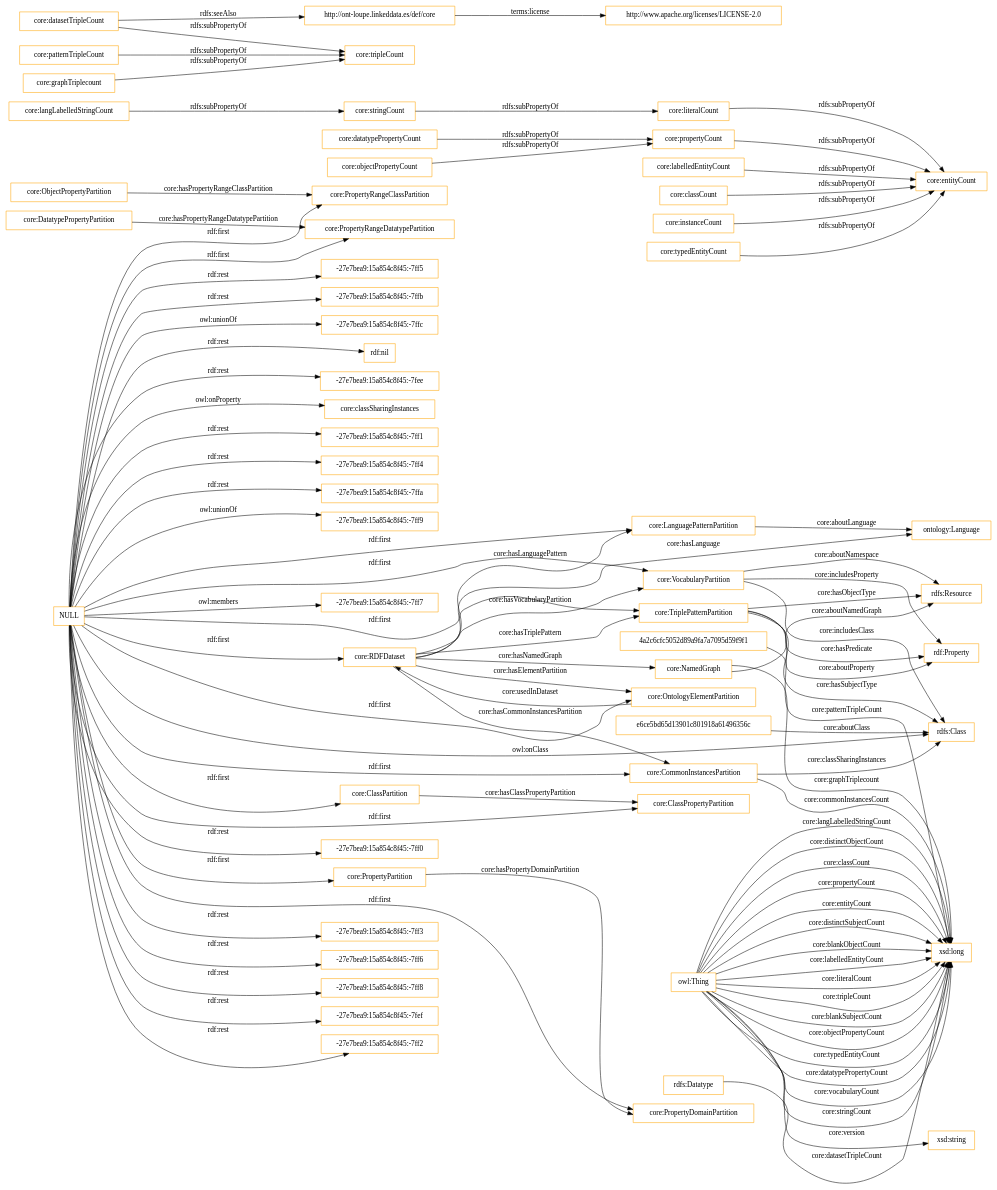
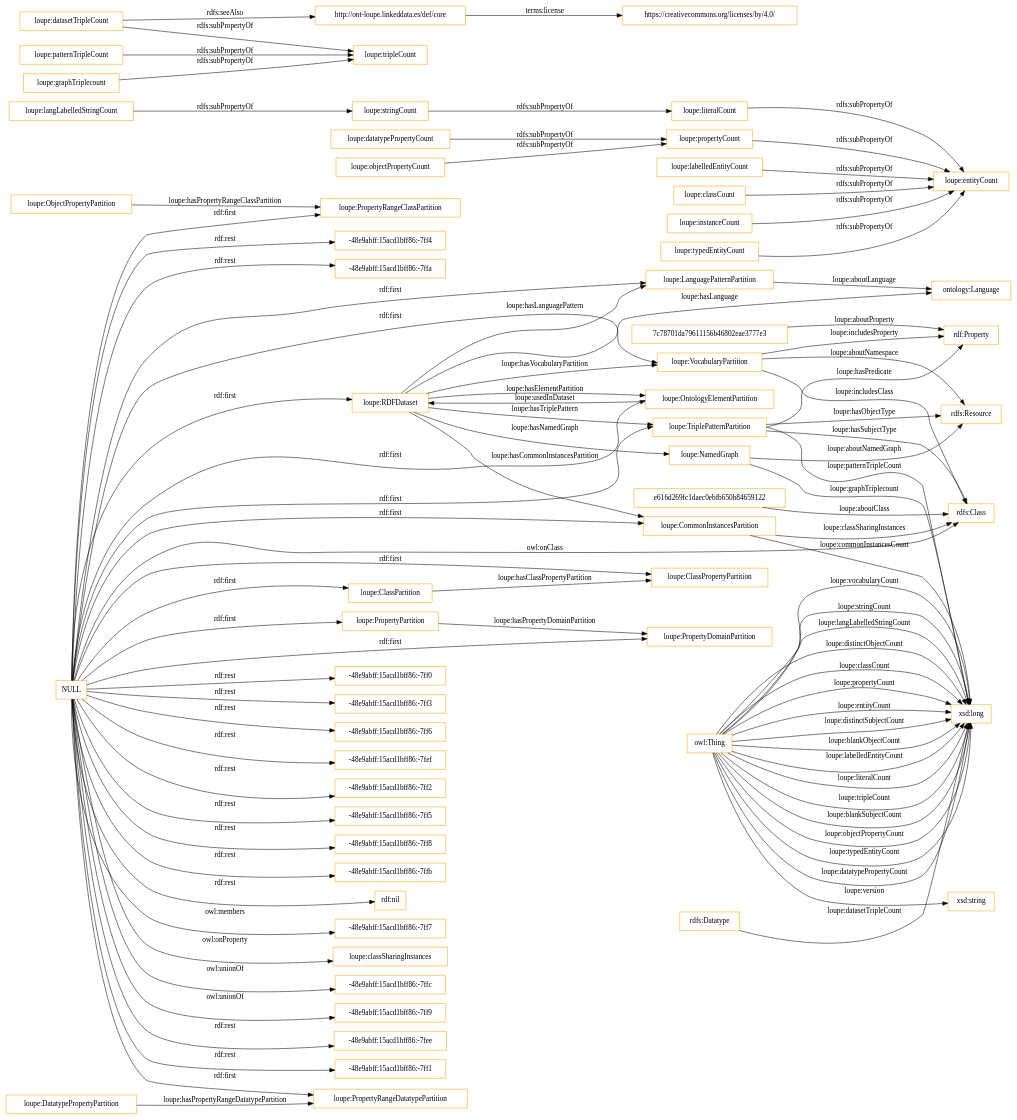
One commit to nandana/loupe-ontology changed the diagram in OnToology/src/ontology/loupe-ontology.owl/diagrams/ar2dtool-class/loupe-ontology.owl.png.dot. Above: the diagram before and after it, drawn with Graphviz. The commit also changed 17 other files, not shown here.

```diff
--- a/OnToology/src/ontology/loupe-ontology.owl/diagrams/ar2dtool-class/loupe-ontology.owl.png.dot
+++ b/OnToology/src/ontology/loupe-ontology.owl/diagrams/ar2dtool-class/loupe-ontology.owl.png.dot
@@ -1,95 +1,95 @@
 digraph ar2dtool_diagram { 
 rankdir=LR;
 size="1501"
-node [shape = rectangle, color="orange"]; "core:RDFDataset" "core:PropertyRangeClassPartition" "core:OntologyElementPartition" "core:ObjectPropertyPartition" "core:ClassPropertyPartition" "rdfs:Resource" "core:ClassPartition" "e6ce5bd65d13901c801918a61496356c" "core:CommonInstancesPartition" "core:NamedGraph" "4a2c6cfc5052d89a9fa7a7095d59f9f1" "rdfs:Class" "core:LanguagePatternPartition" "core:PropertyRangeDatatypePartition" "rdfs:Datatype" "rdf:Property" "core:PropertyPartition" "core:TriplePatternPartition" "ontology:Language" "core:DatatypePropertyPartition" "core:VocabularyPartition" "core:PropertyDomainPartition" ; /*classes style*/
-	"core:langLabelledStringCount" -> "core:stringCount" [ label = "rdfs:subPropertyOf" ];
-	"core:datatypePropertyCount" -> "core:propertyCount" [ label = "rdfs:subPropertyOf" ];
-	"core:labelledEntityCount" -> "core:entityCount" [ label = "rdfs:subPropertyOf" ];
-	"http://ont-loupe.linkeddata.es/def/core" -> "http://www.apache.org/licenses/LICENSE-2.0" [ label = "terms:license" ];
-	"core:datasetTripleCount" -> "http://ont-loupe.linkeddata.es/def/core" [ label = "rdfs:seeAlso" ];
-	"core:datasetTripleCount" -> "core:tripleCount" [ label = "rdfs:subPropertyOf" ];
-	"core:propertyCount" -> "core:entityCount" [ label = "rdfs:subPropertyOf" ];
-	"core:classCount" -> "core:entityCount" [ label = "rdfs:subPropertyOf" ];
-	"core:instanceCount" -> "core:entityCount" [ label = "rdfs:subPropertyOf" ];
-	"core:patternTripleCount" -> "core:tripleCount" [ label = "rdfs:subPropertyOf" ];
-	"NULL" -> "core:OntologyElementPartition" [ label = "rdf:first" ];
-	"NULL" -> "-27e7bea9:15a854c8f45:-7ff3" [ label = "rdf:rest" ];
-	"NULL" -> "-27e7bea9:15a854c8f45:-7ff6" [ label = "rdf:rest" ];
-	"NULL" -> "core:PropertyPartition" [ label = "rdf:first" ];
-	"NULL" -> "core:LanguagePatternPartition" [ label = "rdf:first" ];
-	"NULL" -> "core:PropertyRangeDatatypePartition" [ label = "rdf:first" ];
-	"NULL" -> "core:PropertyDomainPartition" [ label = "rdf:first" ];
-	"NULL" -> "core:PropertyRangeClassPartition" [ label = "rdf:first" ];
-	"NULL" -> "core:CommonInstancesPartition" [ label = "rdf:first" ];
-	"NULL" -> "-27e7bea9:15a854c8f45:-7ff8" [ label = "rdf:rest" ];
-	"NULL" -> "-27e7bea9:15a854c8f45:-7fef" [ label = "rdf:rest" ];
-	"NULL" -> "core:ClassPartition" [ label = "rdf:first" ];
-	"NULL" -> "-27e7bea9:15a854c8f45:-7ff2" [ label = "rdf:rest" ];
-	"NULL" -> "-27e7bea9:15a854c8f45:-7ff5" [ label = "rdf:rest" ];
-	"NULL" -> "-27e7bea9:15a854c8f45:-7ffb" [ label = "rdf:rest" ];
-	"NULL" -> "-27e7bea9:15a854c8f45:-7ffc" [ label = "owl:unionOf" ];
+node [shape = rectangle, color="orange"]; "7c78701da79611156b46802eae3777e3" "loupe:RDFDataset" "loupe:PropertyRangeClassPartition" "loupe:OntologyElementPartition" "loupe:ObjectPropertyPartition" "loupe:ClassPropertyPartition" "rdfs:Resource" "loupe:ClassPartition" "loupe:CommonInstancesPartition" "e616d269fc1daec0ebfb650b84659122" "loupe:NamedGraph" "rdfs:Class" "loupe:LanguagePatternPartition" "loupe:PropertyRangeDatatypePartition" "rdfs:Datatype" "rdf:Property" "loupe:PropertyPartition" "loupe:TriplePatternPartition" "ontology:Language" "loupe:DatatypePropertyPartition" "loupe:VocabularyPartition" "loupe:PropertyDomainPartition" ; /*classes style*/
+	"loupe:langLabelledStringCount" -> "loupe:stringCount" [ label = "rdfs:subPropertyOf" ];
+	"loupe:datatypePropertyCount" -> "loupe:propertyCount" [ label = "rdfs:subPropertyOf" ];
+	"loupe:labelledEntityCount" -> "loupe:entityCount" [ label = "rdfs:subPropertyOf" ];
+	"http://ont-loupe.linkeddata.es/def/core" -> "https://creativecommons.org/licenses/by/4.0/" [ label = "terms:license" ];
+	"loupe:datasetTripleCount" -> "http://ont-loupe.linkeddata.es/def/core" [ label = "rdfs:seeAlso" ];
+	"loupe:datasetTripleCount" -> "loupe:tripleCount" [ label = "rdfs:subPropertyOf" ];
+	"loupe:propertyCount" -> "loupe:entityCount" [ label = "rdfs:subPropertyOf" ];
+	"loupe:classCount" -> "loupe:entityCount" [ label = "rdfs:subPropertyOf" ];
+	"loupe:instanceCount" -> "loupe:entityCount" [ label = "rdfs:subPropertyOf" ];
+	"loupe:patternTripleCount" -> "loupe:tripleCount" [ label = "rdfs:subPropertyOf" ];
+	"NULL" -> "loupe:OntologyElementPartition" [ label = "rdf:first" ];
+	"NULL" -> "loupe:PropertyPartition" [ label = "rdf:first" ];
+	"NULL" -> "loupe:LanguagePatternPartition" [ label = "rdf:first" ];
+	"NULL" -> "-48e9abff:15acd1bff86:-7ff0" [ label = "rdf:rest" ];
+	"NULL" -> "loupe:PropertyRangeDatatypePartition" [ label = "rdf:first" ];
+	"NULL" -> "-48e9abff:15acd1bff86:-7ff3" [ label = "rdf:rest" ];
+	"NULL" -> "-48e9abff:15acd1bff86:-7ff6" [ label = "rdf:rest" ];
+	"NULL" -> "loupe:PropertyRangeClassPartition" [ label = "rdf:first" ];
+	"NULL" -> "loupe:PropertyDomainPartition" [ label = "rdf:first" ];
+	"NULL" -> "loupe:CommonInstancesPartition" [ label = "rdf:first" ];
+	"NULL" -> "loupe:ClassPartition" [ label = "rdf:first" ];
+	"NULL" -> "-48e9abff:15acd1bff86:-7fef" [ label = "rdf:rest" ];
+	"NULL" -> "-48e9abff:15acd1bff86:-7ff2" [ label = "rdf:rest" ];
+	"NULL" -> "-48e9abff:15acd1bff86:-7ff5" [ label = "rdf:rest" ];
+	"NULL" -> "-48e9abff:15acd1bff86:-7ff8" [ label = "rdf:rest" ];
+	"NULL" -> "-48e9abff:15acd1bff86:-7ffb" [ label = "rdf:rest" ];
+	"NULL" -> "rdfs:Class" [ label = "owl:onClass" ];
 	"NULL" -> "rdf:nil" [ label = "rdf:rest" ];
-	"NULL" -> "rdfs:Class" [ label = "owl:onClass" ];
-	"NULL" -> "core:VocabularyPartition" [ label = "rdf:first" ];
-	"NULL" -> "-27e7bea9:15a854c8f45:-7fee" [ label = "rdf:rest" ];
-	"NULL" -> "core:TriplePatternPartition" [ label = "rdf:first" ];
-	"NULL" -> "core:classSharingInstances" [ label = "owl:onProperty" ];
-	"NULL" -> "-27e7bea9:15a854c8f45:-7ff1" [ label = "rdf:rest" ];
-	"NULL" -> "core:ClassPropertyPartition" [ label = "rdf:first" ];
-	"NULL" -> "-27e7bea9:15a854c8f45:-7ff4" [ label = "rdf:rest" ];
-	"NULL" -> "-27e7bea9:15a854c8f45:-7ffa" [ label = "rdf:rest" ];
-	"NULL" -> "-27e7bea9:15a854c8f45:-7ff9" [ label = "owl:unionOf" ];
-	"NULL" -> "core:RDFDataset" [ label = "rdf:first" ];
-	"NULL" -> "-27e7bea9:15a854c8f45:-7ff7" [ label = "owl:members" ];
-	"NULL" -> "-27e7bea9:15a854c8f45:-7ff0" [ label = "rdf:rest" ];
-	"core:literalCount" -> "core:entityCount" [ label = "rdfs:subPropertyOf" ];
-	"core:objectPropertyCount" -> "core:propertyCount" [ label = "rdfs:subPropertyOf" ];
-	"core:typedEntityCount" -> "core:entityCount" [ label = "rdfs:subPropertyOf" ];
-	"core:graphTriplecount" -> "core:tripleCount" [ label = "rdfs:subPropertyOf" ];
-	"core:stringCount" -> "core:literalCount" [ label = "rdfs:subPropertyOf" ];
-	"core:VocabularyPartition" -> "rdf:Property" [ label = "core:includesProperty" ];
-	"owl:Thing" -> "xsd:long" [ label = "core:tripleCount" ];
-	"owl:Thing" -> "xsd:long" [ label = "core:blankSubjectCount" ];
-	"owl:Thing" -> "xsd:long" [ label = "core:objectPropertyCount" ];
-	"core:CommonInstancesPartition" -> "xsd:long" [ label = "core:commonInstancesCount" ];
-	"core:NamedGraph" -> "xsd:long" [ label = "core:graphTriplecount" ];
-	"core:RDFDataset" -> "core:TriplePatternPartition" [ label = "core:hasTriplePattern" ];
-	"owl:Thing" -> "xsd:long" [ label = "core:typedEntityCount" ];
-	"core:RDFDataset" -> "core:VocabularyPartition" [ label = "core:hasVocabularyPartition" ];
-	"core:DatatypePropertyPartition" -> "core:PropertyRangeDatatypePartition" [ label = "core:hasPropertyRangeDatatypePartition" ];
-	"owl:Thing" -> "xsd:string" [ label = "core:version" ];
-	"core:NamedGraph" -> "rdfs:Resource" [ label = "core:aboutNamedGraph" ];
-	"core:LanguagePatternPartition" -> "ontology:Language" [ label = "core:aboutLanguage" ];
-	"core:ClassPartition" -> "core:ClassPropertyPartition" [ label = "core:hasClassPropertyPartition" ];
-	"owl:Thing" -> "xsd:long" [ label = "core:datatypePropertyCount" ];
-	"core:VocabularyPartition" -> "rdfs:Resource" [ label = "core:aboutNamespace" ];
-	"owl:Thing" -> "xsd:long" [ label = "core:vocabularyCount" ];
-	"core:RDFDataset" -> "ontology:Language" [ label = "core:hasLanguage" ];
-	"core:RDFDataset" -> "core:LanguagePatternPartition" [ label = "core:hasLanguagePattern" ];
-	"4a2c6cfc5052d89a9fa7a7095d59f9f1" -> "rdf:Property" [ label = "core:aboutProperty" ];
-	"owl:Thing" -> "xsd:long" [ label = "core:stringCount" ];
-	"e6ce5bd65d13901c801918a61496356c" -> "rdfs:Class" [ label = "core:aboutClass" ];
-	"owl:Thing" -> "xsd:long" [ label = "core:langLabelledStringCount" ];
-	"owl:Thing" -> "xsd:long" [ label = "core:distinctObjectCount" ];
-	"core:TriplePatternPartition" -> "rdfs:Resource" [ label = "core:hasObjectType" ];
-	"owl:Thing" -> "xsd:long" [ label = "core:classCount" ];
-	"core:VocabularyPartition" -> "rdfs:Class" [ label = "core:includesClass" ];
-	"core:TriplePatternPartition" -> "xsd:long" [ label = "core:patternTripleCount" ];
-	"owl:Thing" -> "xsd:long" [ label = "core:propertyCount" ];
-	"core:CommonInstancesPartition" -> "rdfs:Class" [ label = "core:classSharingInstances" ];
-	"rdfs:Datatype" -> "xsd:long" [ label = "core:datasetTripleCount" ];
-	"owl:Thing" -> "xsd:long" [ label = "core:entityCount" ];
-	"core:OntologyElementPartition" -> "core:RDFDataset" [ label = "core:usedInDataset" ];
-	"core:TriplePatternPartition" -> "rdf:Property" [ label = "core:hasPredicate" ];
-	"core:RDFDataset" -> "core:CommonInstancesPartition" [ label = "core:hasCommonInstancesPartition" ];
-	"core:RDFDataset" -> "core:OntologyElementPartition" [ label = "core:hasElementPartition" ];
-	"owl:Thing" -> "xsd:long" [ label = "core:distinctSubjectCount" ];
-	"owl:Thing" -> "xsd:long" [ label = "core:blankObjectCount" ];
-	"core:TriplePatternPartition" -> "rdfs:Class" [ label = "core:hasSubjectType" ];
-	"core:RDFDataset" -> "core:NamedGraph" [ label = "core:hasNamedGraph" ];
-	"core:ObjectPropertyPartition" -> "core:PropertyRangeClassPartition" [ label = "core:hasPropertyRangeClassPartition" ];
-	"owl:Thing" -> "xsd:long" [ label = "core:labelledEntityCount" ];
-	"core:PropertyPartition" -> "core:PropertyDomainPartition" [ label = "core:hasPropertyDomainPartition" ];
-	"owl:Thing" -> "xsd:long" [ label = "core:literalCount" ];
+	"NULL" -> "loupe:VocabularyPartition" [ label = "rdf:first" ];
+	"NULL" -> "-48e9abff:15acd1bff86:-7ff7" [ label = "owl:members" ];
+	"NULL" -> "loupe:classSharingInstances" [ label = "owl:onProperty" ];
+	"NULL" -> "-48e9abff:15acd1bff86:-7ffc" [ label = "owl:unionOf" ];
+	"NULL" -> "loupe:ClassPropertyPartition" [ label = "rdf:first" ];
+	"NULL" -> "loupe:TriplePatternPartition" [ label = "rdf:first" ];
+	"NULL" -> "-48e9abff:15acd1bff86:-7ff9" [ label = "owl:unionOf" ];
+	"NULL" -> "-48e9abff:15acd1bff86:-7fee" [ label = "rdf:rest" ];
+	"NULL" -> "-48e9abff:15acd1bff86:-7ff1" [ label = "rdf:rest" ];
+	"NULL" -> "-48e9abff:15acd1bff86:-7ff4" [ label = "rdf:rest" ];
+	"NULL" -> "-48e9abff:15acd1bff86:-7ffa" [ label = "rdf:rest" ];
+	"NULL" -> "loupe:RDFDataset" [ label = "rdf:first" ];
+	"loupe:literalCount" -> "loupe:entityCount" [ label = "rdfs:subPropertyOf" ];
+	"loupe:objectPropertyCount" -> "loupe:propertyCount" [ label = "rdfs:subPropertyOf" ];
+	"loupe:typedEntityCount" -> "loupe:entityCount" [ label = "rdfs:subPropertyOf" ];
+	"loupe:graphTriplecount" -> "loupe:tripleCount" [ label = "rdfs:subPropertyOf" ];
+	"loupe:stringCount" -> "loupe:literalCount" [ label = "rdfs:subPropertyOf" ];
+	"loupe:VocabularyPartition" -> "rdf:Property" [ label = "loupe:includesProperty" ];
+	"owl:Thing" -> "xsd:long" [ label = "loupe:tripleCount" ];
+	"owl:Thing" -> "xsd:long" [ label = "loupe:blankSubjectCount" ];
+	"owl:Thing" -> "xsd:long" [ label = "loupe:objectPropertyCount" ];
+	"loupe:CommonInstancesPartition" -> "xsd:long" [ label = "loupe:commonInstancesCount" ];
+	"loupe:NamedGraph" -> "xsd:long" [ label = "loupe:graphTriplecount" ];
+	"loupe:RDFDataset" -> "loupe:TriplePatternPartition" [ label = "loupe:hasTriplePattern" ];
+	"owl:Thing" -> "xsd:long" [ label = "loupe:typedEntityCount" ];
+	"loupe:RDFDataset" -> "loupe:VocabularyPartition" [ label = "loupe:hasVocabularyPartition" ];
+	"loupe:DatatypePropertyPartition" -> "loupe:PropertyRangeDatatypePartition" [ label = "loupe:hasPropertyRangeDatatypePartition" ];
+	"owl:Thing" -> "xsd:string" [ label = "loupe:version" ];
+	"loupe:NamedGraph" -> "rdfs:Resource" [ label = "loupe:aboutNamedGraph" ];
+	"loupe:LanguagePatternPartition" -> "ontology:Language" [ label = "loupe:aboutLanguage" ];
+	"loupe:ClassPartition" -> "loupe:ClassPropertyPartition" [ label = "loupe:hasClassPropertyPartition" ];
+	"owl:Thing" -> "xsd:long" [ label = "loupe:datatypePropertyCount" ];
+	"loupe:VocabularyPartition" -> "rdfs:Resource" [ label = "loupe:aboutNamespace" ];
+	"owl:Thing" -> "xsd:long" [ label = "loupe:vocabularyCount" ];
+	"loupe:RDFDataset" -> "ontology:Language" [ label = "loupe:hasLanguage" ];
+	"loupe:RDFDataset" -> "loupe:LanguagePatternPartition" [ label = "loupe:hasLanguagePattern" ];
+	"7c78701da79611156b46802eae3777e3" -> "rdf:Property" [ label = "loupe:aboutProperty" ];
+	"owl:Thing" -> "xsd:long" [ label = "loupe:stringCount" ];
+	"e616d269fc1daec0ebfb650b84659122" -> "rdfs:Class" [ label = "loupe:aboutClass" ];
+	"owl:Thing" -> "xsd:long" [ label = "loupe:langLabelledStringCount" ];
+	"owl:Thing" -> "xsd:long" [ label = "loupe:distinctObjectCount" ];
+	"loupe:TriplePatternPartition" -> "rdfs:Resource" [ label = "loupe:hasObjectType" ];
+	"owl:Thing" -> "xsd:long" [ label = "loupe:classCount" ];
+	"loupe:VocabularyPartition" -> "rdfs:Class" [ label = "loupe:includesClass" ];
+	"loupe:TriplePatternPartition" -> "xsd:long" [ label = "loupe:patternTripleCount" ];
+	"owl:Thing" -> "xsd:long" [ label = "loupe:propertyCount" ];
+	"loupe:CommonInstancesPartition" -> "rdfs:Class" [ label = "loupe:classSharingInstances" ];
+	"rdfs:Datatype" -> "xsd:long" [ label = "loupe:datasetTripleCount" ];
+	"owl:Thing" -> "xsd:long" [ label = "loupe:entityCount" ];
+	"loupe:OntologyElementPartition" -> "loupe:RDFDataset" [ label = "loupe:usedInDataset" ];
+	"loupe:TriplePatternPartition" -> "rdf:Property" [ label = "loupe:hasPredicate" ];
+	"loupe:RDFDataset" -> "loupe:CommonInstancesPartition" [ label = "loupe:hasCommonInstancesPartition" ];
+	"loupe:RDFDataset" -> "loupe:OntologyElementPartition" [ label = "loupe:hasElementPartition" ];
+	"owl:Thing" -> "xsd:long" [ label = "loupe:distinctSubjectCount" ];
+	"owl:Thing" -> "xsd:long" [ label = "loupe:blankObjectCount" ];
+	"loupe:TriplePatternPartition" -> "rdfs:Class" [ label = "loupe:hasSubjectType" ];
+	"loupe:RDFDataset" -> "loupe:NamedGraph" [ label = "loupe:hasNamedGraph" ];
+	"loupe:ObjectPropertyPartition" -> "loupe:PropertyRangeClassPartition" [ label = "loupe:hasPropertyRangeClassPartition" ];
+	"owl:Thing" -> "xsd:long" [ label = "loupe:labelledEntityCount" ];
+	"loupe:PropertyPartition" -> "loupe:PropertyDomainPartition" [ label = "loupe:hasPropertyDomainPartition" ];
+	"owl:Thing" -> "xsd:long" [ label = "loupe:literalCount" ];
 
 }
```
